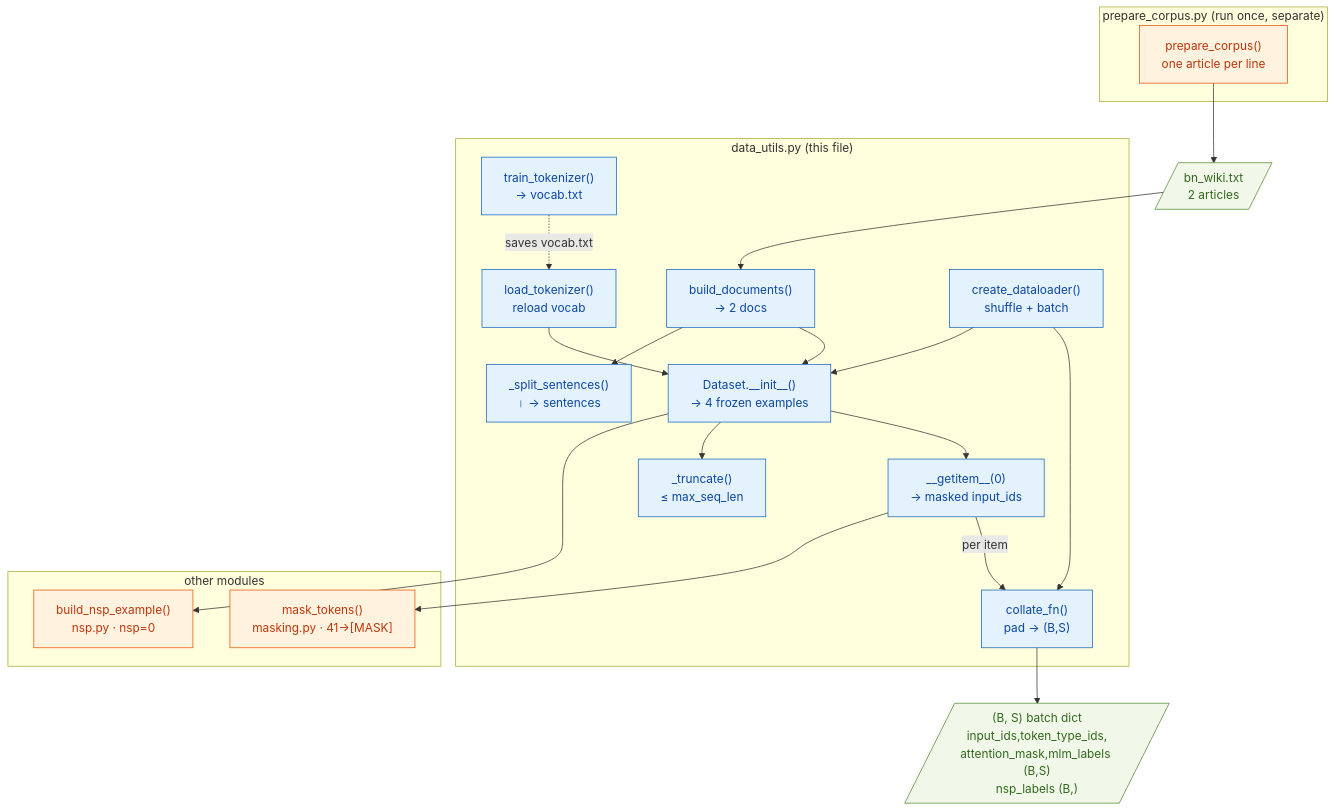
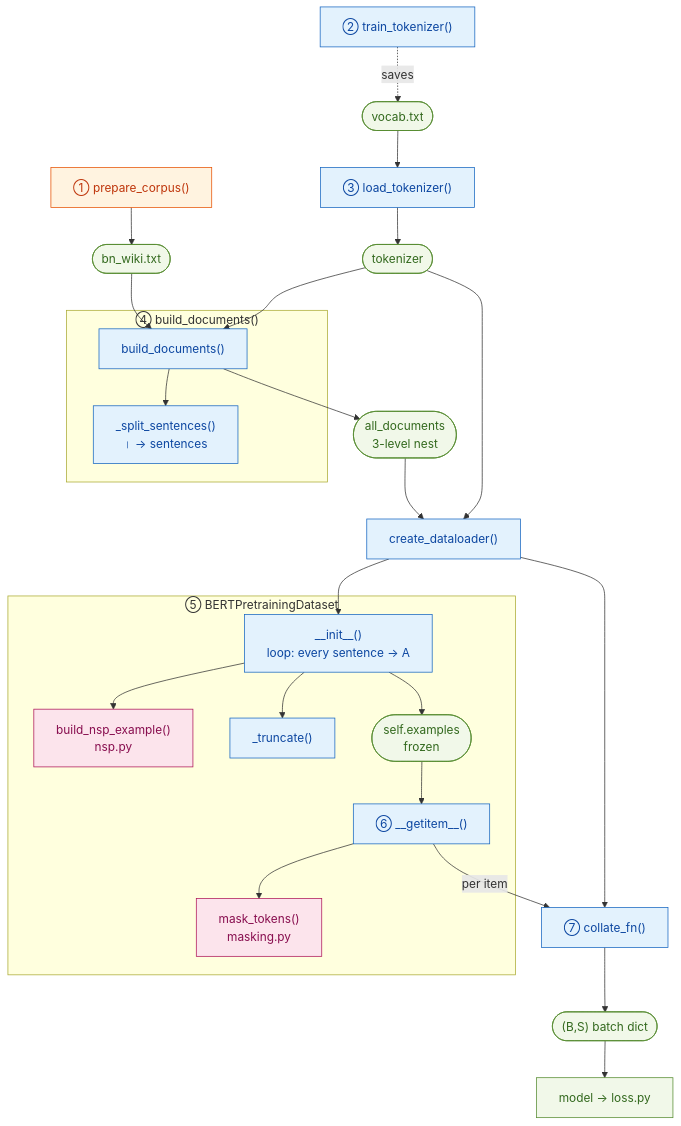
Before and after one commit to SamyamoyRakshit/papers-from-scratch: the diagram in BERT/docs/utils/data_utils.md, drawn with Mermaid. The commit also changed other lines of this file, not shown here.

Commit message:
Refactor data_utils documentation to clarify function call flow and enhance visual representation with updated diagrams

````diff
--- a/BERT/docs/utils/data_utils.md
+++ b/BERT/docs/utils/data_utils.md
@@ -55,48 +56,39 @@
 ```mermaid
 flowchart TD
-    subgraph prep["prepare_corpus.py (run once, separate)"]
-        PC["prepare_corpus()<br/>one article per line"]
+    PC["① prepare_corpus()"] --> TXT(["bn_wiki.txt"])
+    TT["② train_tokenizer()"] -. saves .-> VOC(["vocab.txt"])
+    VOC --> LT["③ load_tokenizer()"] --> TOK(["tokenizer"])
+
+    TXT --> BD
+    TOK --> BD
+    subgraph S4["④ build_documents()"]
+        BD["build_documents()"] --> SS["_split_sentences()<br/>। → sentences"]
     end
-    TXT[/"bn_wiki.txt<br/>2 articles"/]
-    PC --> TXT
+    BD --> DOCS(["all_documents<br/>3-level nest"])
 
-    subgraph du["data_utils.py (this file)"]
-        TT["train_tokenizer()<br/>→ vocab.txt"]
-        LT["load_tokenizer()<br/>reload vocab"]
-        BD["build_documents()<br/>→ 2 docs"]
-        SS["_split_sentences()<br/>। → sentences"]
-        DS["Dataset.__init__()<br/>→ 4 frozen examples"]
-        TR["_truncate()<br/>≤ max_seq_len"]
-        GI["__getitem__(0)<br/>→ masked input_ids"]
-        CF["collate_fn()<br/>pad → (B,S)"]
-        CD["create_dataloader()<br/>shuffle + batch"]
+    DOCS --> CD["create_dataloader()"]
+    TOK --> CD
+
+    subgraph S5["⑤ BERTPretrainingDataset"]
+        DSI["__init__()<br/>loop: every sentence → A"]
+        DSI --> NSP["build_nsp_example()<br/>nsp.py"]
+        DSI --> TR["_truncate()"]
+        DSI --> EX(["self.examples<br/>frozen"])
+        EX --> GI["⑥ __getitem__()"]
+        GI --> MSK["mask_tokens()<br/>masking.py"]
     end
 
-    subgraph ext["other modules"]
-        NSP["build_nsp_example()<br/>nsp.py · nsp=0"]
-        MSK["mask_tokens()<br/>masking.py · 41→[MASK]"]
-    end
-
-    TXT --> BD
-    TT -. "saves vocab.txt" .-> LT
-    LT --> DS
-    BD --> SS
-    BD --> DS
-
-    CD --> DS
-    CD --> CF
-    DS --> NSP
-    DS --> TR
-    DS --> GI
-    GI --> MSK
-
-    GI -- "per item" --> CF
-    CF --> BATCH[/"(B, S) batch dict<br/>input_ids,token_type_ids,<br/>attention_mask,mlm_labels (B,S)<br/>nsp_labels (B,)"/]
+    CD --> DSI
+    CD --> CF["⑦ collate_fn()"]
+    GI -- per item --> CF
+    CF --> BATCH(["(B,S) batch dict"]) --> MODEL["model → loss.py"]
 
     classDef this fill:#e3f2fd,stroke:#1565c0,color:#0d47a1;
     classDef other fill:#fff3e0,stroke:#e65100,color:#bf360c;
     classDef io fill:#f1f8e9,stroke:#558b2f,color:#33691e;
-    class TT,LT,BD,SS,DS,TR,GI,CF,CD this;
-    class NSP,MSK,PC other;
-    class TXT,BATCH io;
+    classDef ext fill:#fce4ec,stroke:#ad1457,color:#880e4f;
+    class BD,SS,LT,TT,DSI,TR,GI,CF,CD this;
+    class PC other;
+    class NSP,MSK ext;
+    class TXT,VOC,TOK,DOCS,EX,BATCH,MODEL io;
 ```
````
